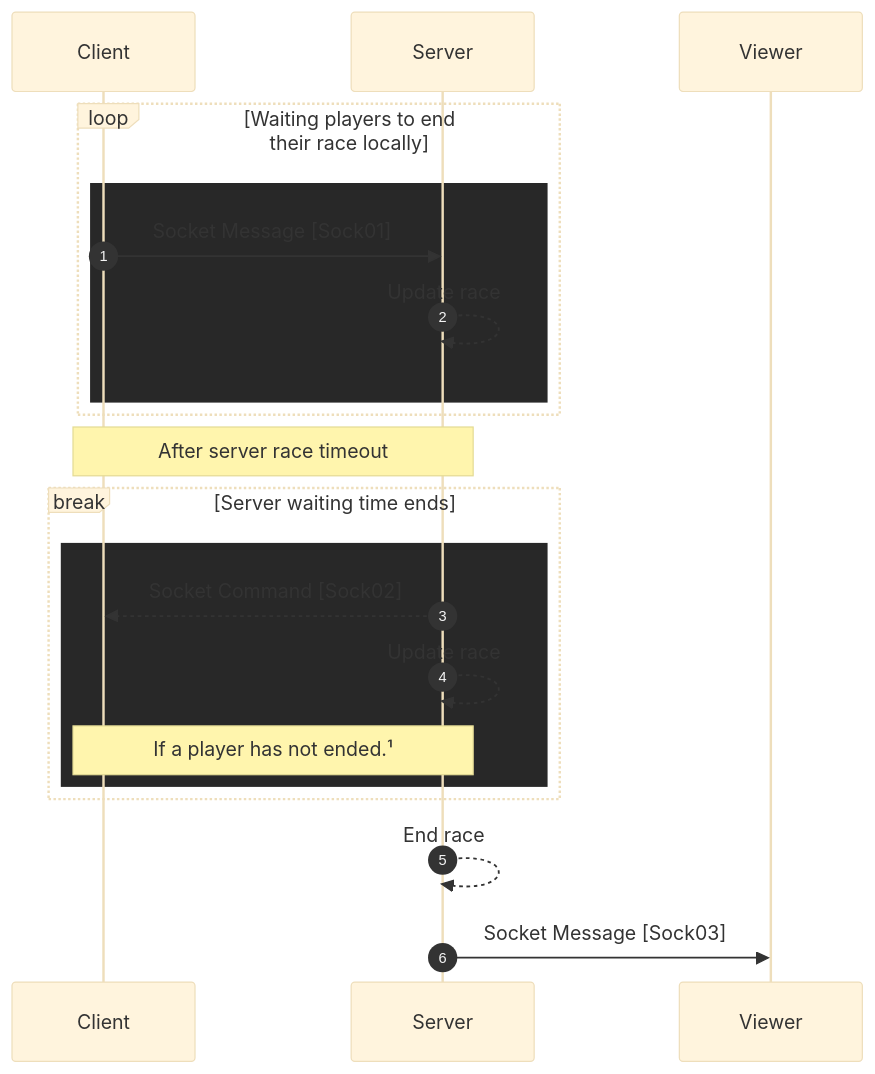
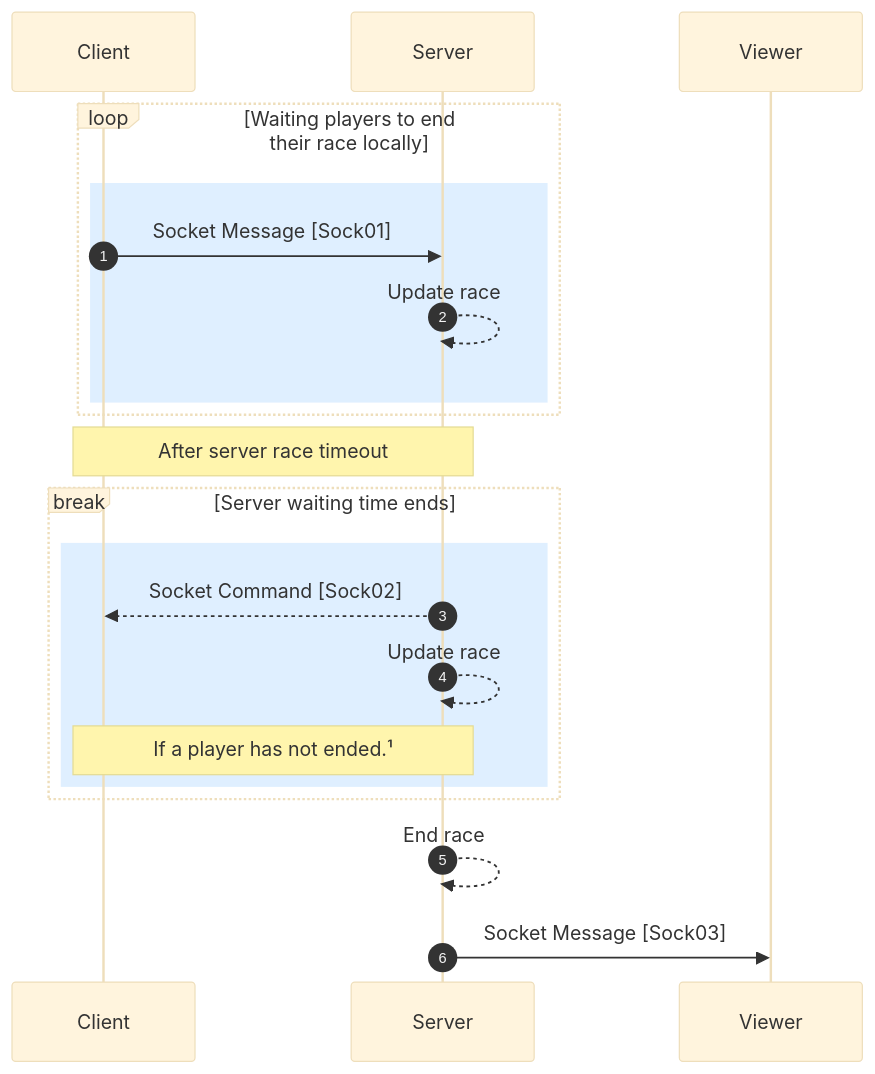
The diagram in docs/communication/protocol/end-race.md (the-ai-team/razor), drawn with Mermaid (base theme) before and after one commit. The commit also changed 2 other files, not shown here.

Commit message:
docs(protocols): update rect color

````diff
--- a/docs/communication/protocol/end-race.md
+++ b/docs/communication/protocol/end-race.md
@@ -5,27 +5,27 @@
 ```mermaid
 sequenceDiagram
     autonumber
     participant C as Client
     participant S as Server
     participant V as Viewer
 
     loop Waiting players to end their race locally
-        rect rgb(40, 40, 40)
+        rect rgba(191, 223, 255, 0.5)
             C->>S: Socket Message [Sock01]
             S-->>S: Update race
         end
     end
 
     Note over S,C: After server race timeout
 
     break Server waiting time ends
-        rect rgb(40, 40, 40)
+        rect rgba(191, 223, 255, 0.5)
             S-->>C: Socket Command [Sock02]
             S-->>S: Update race
             Note over S,C: If a player has not ended.¹
         end
     end
 
     S-->>S: End race
     S->>V: Socket Message [Sock03]
 ```
````
